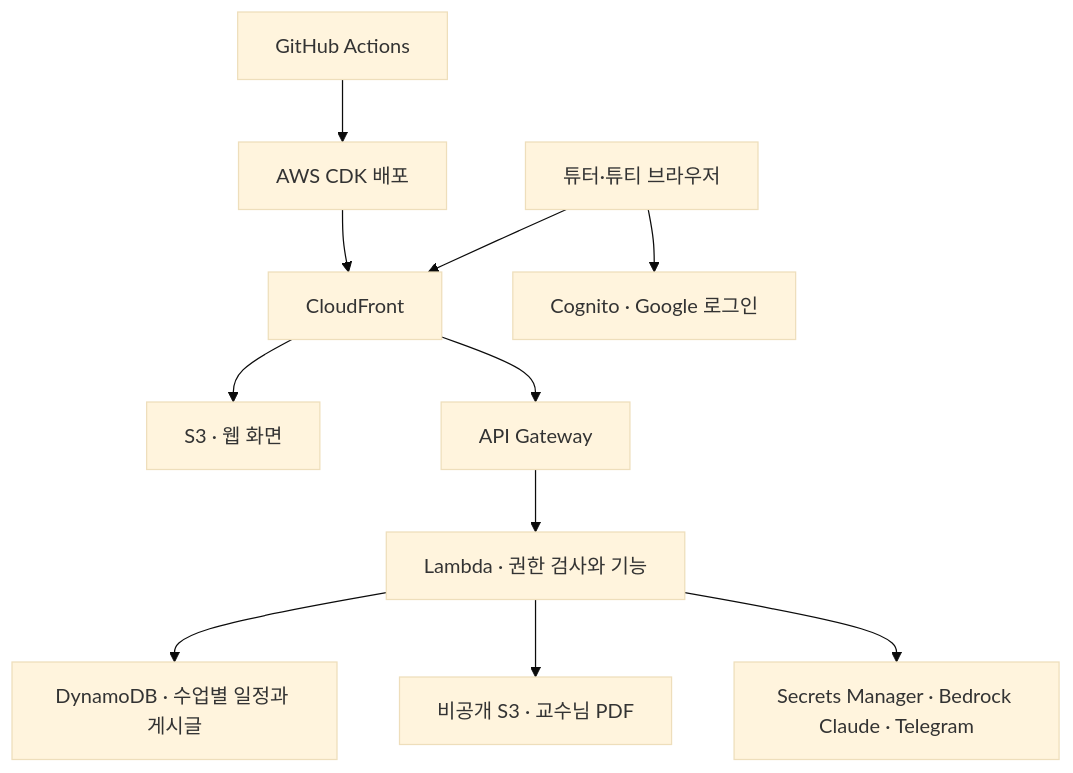
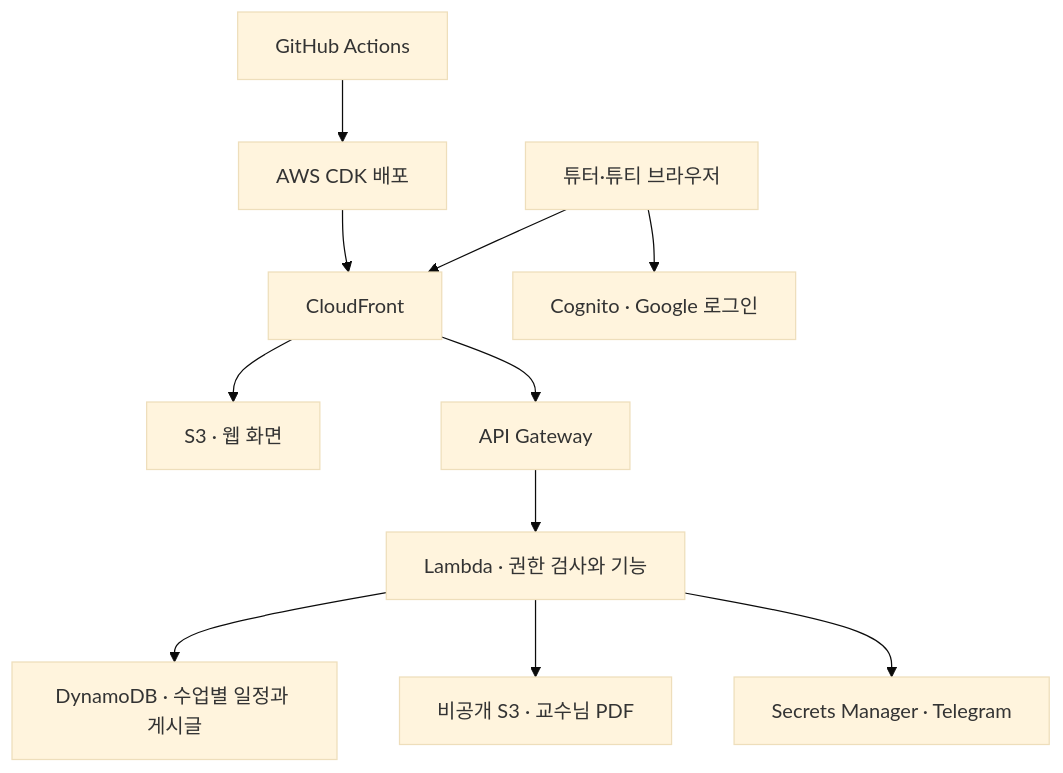
The diagram in README.md (ryeong03/data-structures-tutoring), drawn with Mermaid (base theme) before and after one commit. The commit also changed other lines of this file and 9 other files, not shown here.

````diff
--- a/README.md
+++ b/README.md
@@ -44,11 +44,11 @@
 ```mermaid
 flowchart TB
     GH[GitHub Actions] --> CDK[AWS CDK 배포] --> CF[CloudFront]
     U[튜터·튜티 브라우저] --> CF
     U --> C[Cognito · Google 로그인]
     CF --> WEB[S3 · 웹 화면]
     CF --> API[API Gateway] --> L[Lambda · 권한 검사와 기능]
     L --> DB[DynamoDB · 수업별 일정과 게시글]
     L --> FILE[비공개 S3 · 교수님 PDF]
-    L --> EXT[Secrets Manager · Bedrock Claude · Telegram]
+    L --> EXT[Secrets Manager · Telegram]
 ```
````
